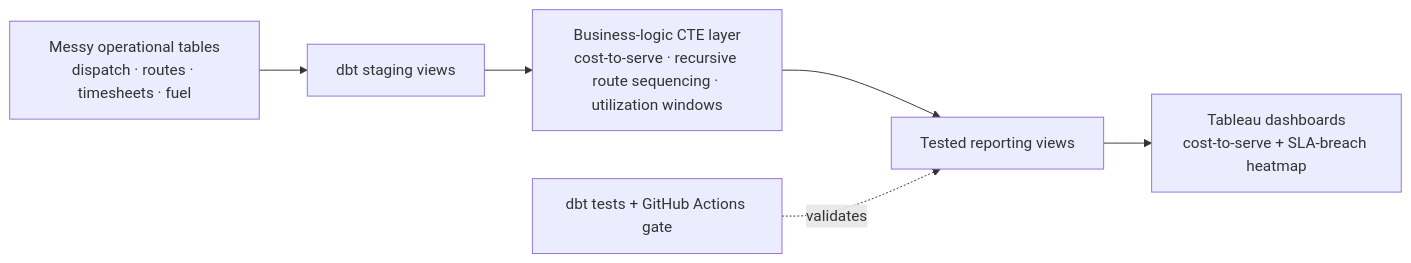
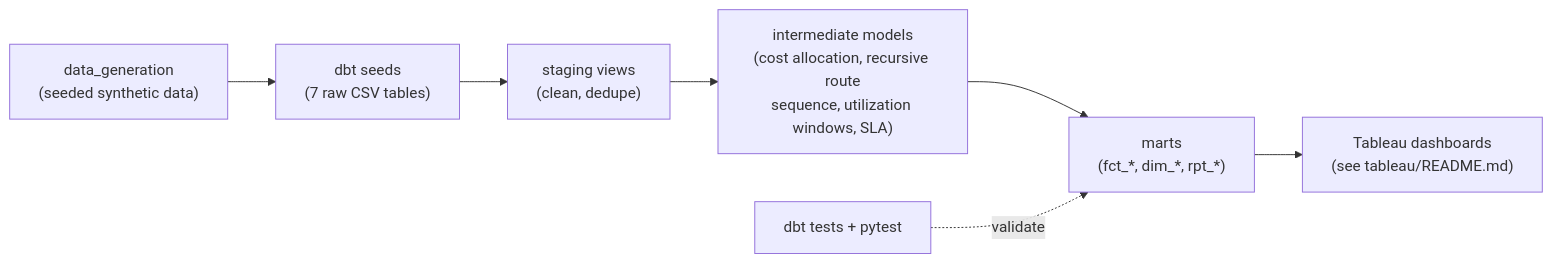
One commit to SlateGitOrg/field-ops-sql-cost-audit changed the diagram in README.md. Above: the diagram before and after it, drawn with Mermaid. The commit also changed other lines of this file and 3 other files, not shown here.

````diff
--- a/README.md
+++ b/README.md
@@ -15,8 +23,9 @@
 ```mermaid
 flowchart LR
-    RAW[Messy operational tables<br/>dispatch · routes · timesheets · fuel] --> STG[dbt staging views]
-    STG --> LOGIC[Business-logic CTE layer<br/>cost-to-serve · recursive route sequencing · utilization windows]
-    LOGIC --> RPT[Tested reporting views]
-    RPT --> DASH[Tableau dashboards<br/>cost-to-serve + SLA-breach heatmap]
-    GATE[dbt tests + GitHub Actions gate] -.validates.-> RPT
+    GEN["data_generation<br/>(seeded synthetic data)"] --> SEED["dbt seeds<br/>(7 raw CSV tables)"]
+    SEED --> STG["staging views<br/>(clean, dedupe)"]
+    STG --> INT["intermediate models<br/>(cost allocation, recursive route<br/>sequence, utilization windows, SLA)"]
+    INT --> MART["marts<br/>(fct_*, dim_*, rpt_*)"]
+    MART --> BI["Tableau dashboards<br/>(see tableau/README.md)"]
+    TESTS["dbt tests + pytest"] -.validate.-> MART
 ```
````
